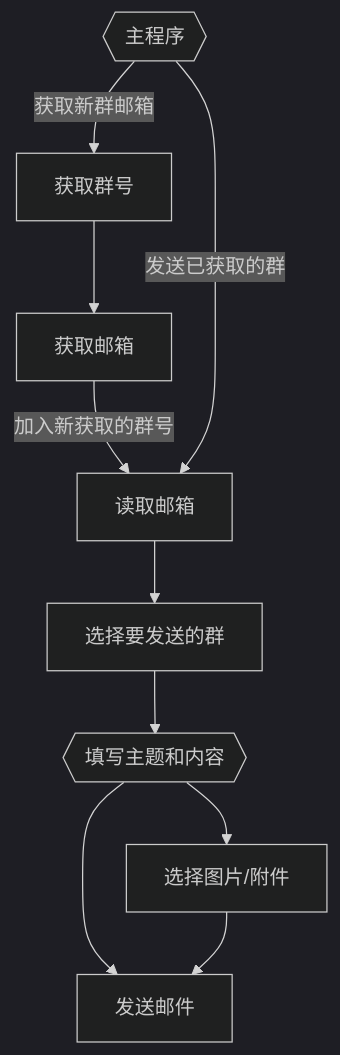
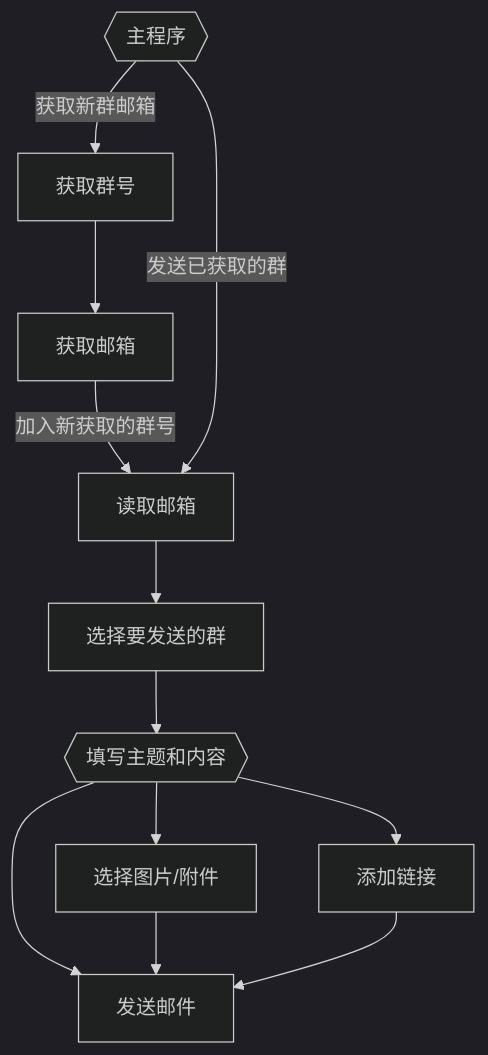
One commit to KrisShin/QQGroupMailSender changed the diagram in README.md. Above: the diagram before and after it, drawn with Mermaid (dark theme). The commit also changed other lines of this file and 2 other files, not shown here.

````diff
--- a/README.md
+++ b/README.md
@@ -89,12 +95,14 @@
 ```mermaid
     graph TB
     main{{主程序}} -- 获取新群邮箱 --> getGids[获取群号]
     getGids --> getMails[获取邮箱]
     getMails -- 加入新获取的群号 --> readMails
     main -- 发送已获取的群 --> readMails[读取邮箱]
     readMails --> chooseGid[选择要发送的群]
     chooseGid --> content{{填写主题和内容}}
+    content --> addLink[添加链接]
+    content --> chooseFile[选择图片/附件]
     content --> send[发送邮件]
-    content --> chooseFile[选择图片/附件]
     chooseFile --> send
+    addLink --> send
 ```
````
